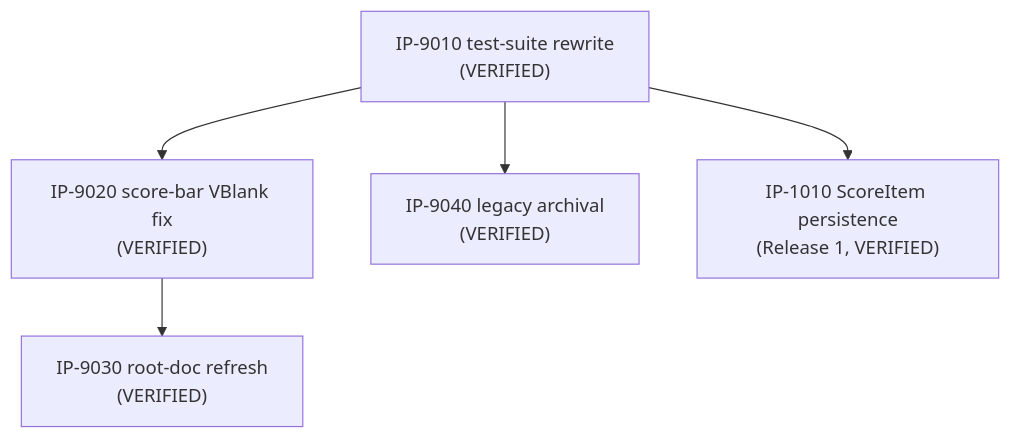
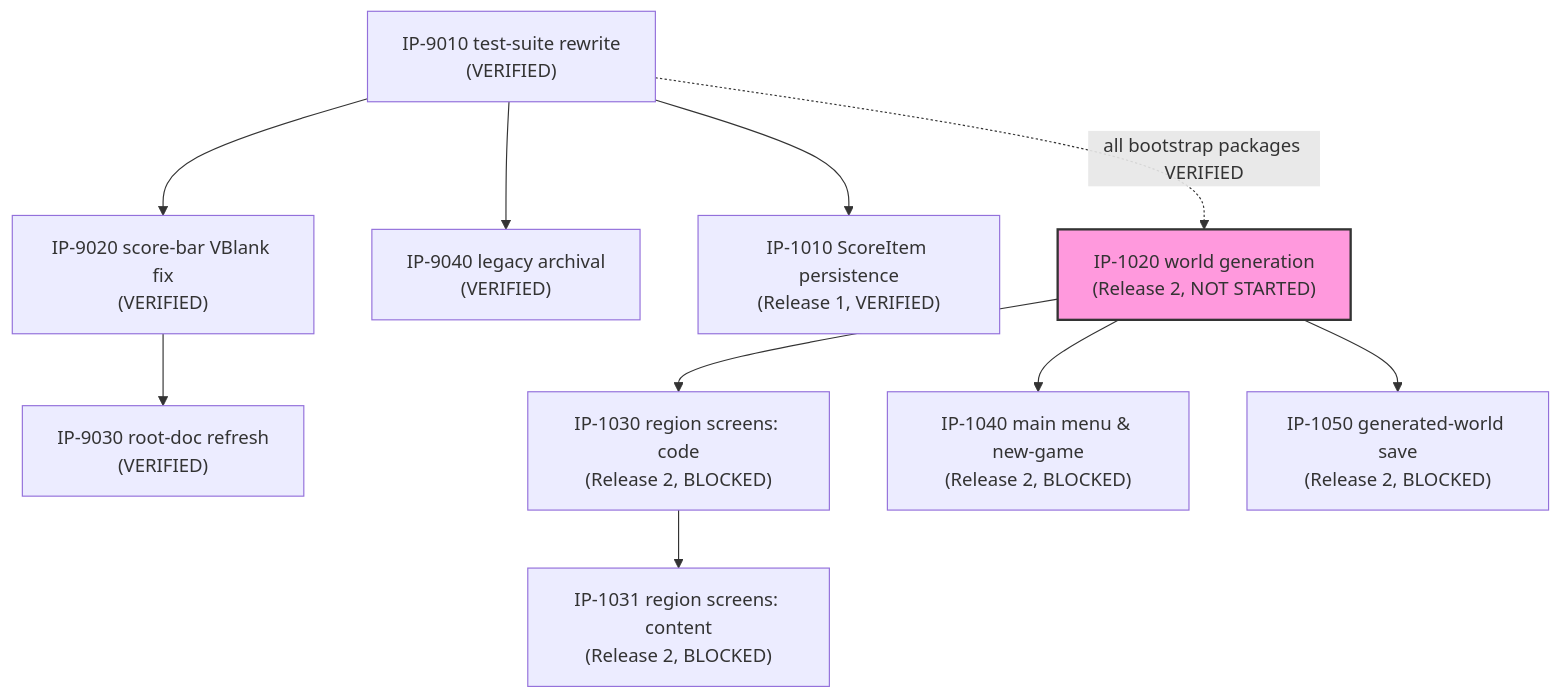
Before and after one commit to Zabin/RsGame: the diagram in docs/implementation/00-master-build-plan.md, drawn with Mermaid. The commit also changed other lines of this file and 14 other files, not shown here.

````diff
--- a/docs/implementation/00-master-build-plan.md
+++ b/docs/implementation/00-master-build-plan.md
@@ -26,12 +38,25 @@
 ```mermaid
 graph TD
     IP9010["IP-9010 test-suite rewrite<br/>(VERIFIED)"]
     IP9020["IP-9020 score-bar VBlank fix<br/>(VERIFIED)"]
     IP9030["IP-9030 root-doc refresh<br/>(VERIFIED)"]
     IP9040["IP-9040 legacy archival<br/>(VERIFIED)"]
     IP1010["IP-1010 ScoreItem persistence<br/>(Release 1, VERIFIED)"]
     IP9010 --> IP9020
     IP9010 --> IP9040
     IP9010 --> IP1010
     IP9020 --> IP9030
+
+    IP1020["IP-1020 world generation<br/>(Release 2, NOT STARTED)"]
+    IP1030["IP-1030 region screens: code<br/>(Release 2, BLOCKED)"]
+    IP1031["IP-1031 region screens: content<br/>(Release 2, BLOCKED)"]
+    IP1040["IP-1040 main menu & new-game<br/>(Release 2, BLOCKED)"]
+    IP1050["IP-1050 generated-world save<br/>(Release 2, BLOCKED)"]
+    IP9010 -.all bootstrap packages VERIFIED.-> IP1020
+    IP1020 --> IP1030
+    IP1030 --> IP1031
+    IP1020 --> IP1040
+    IP1020 --> IP1050
+
+    style IP1020 fill:#f9d,stroke:#333,stroke-width:2px
 ```
````
